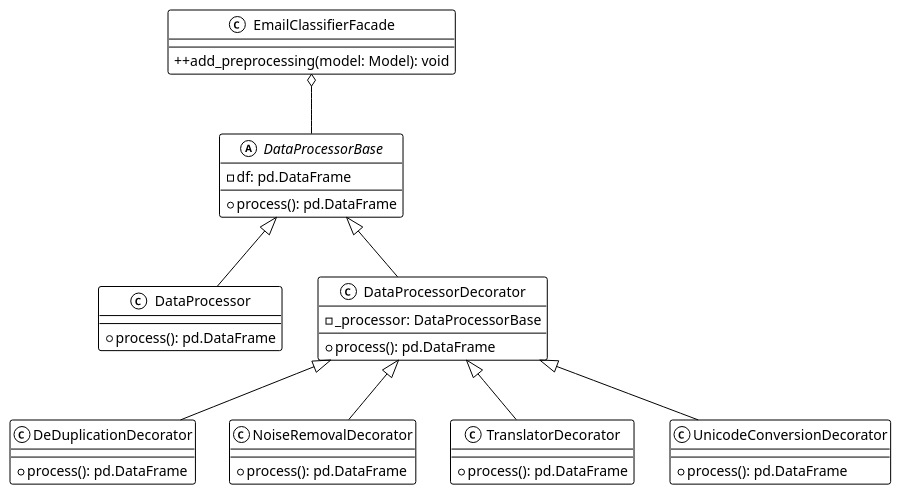
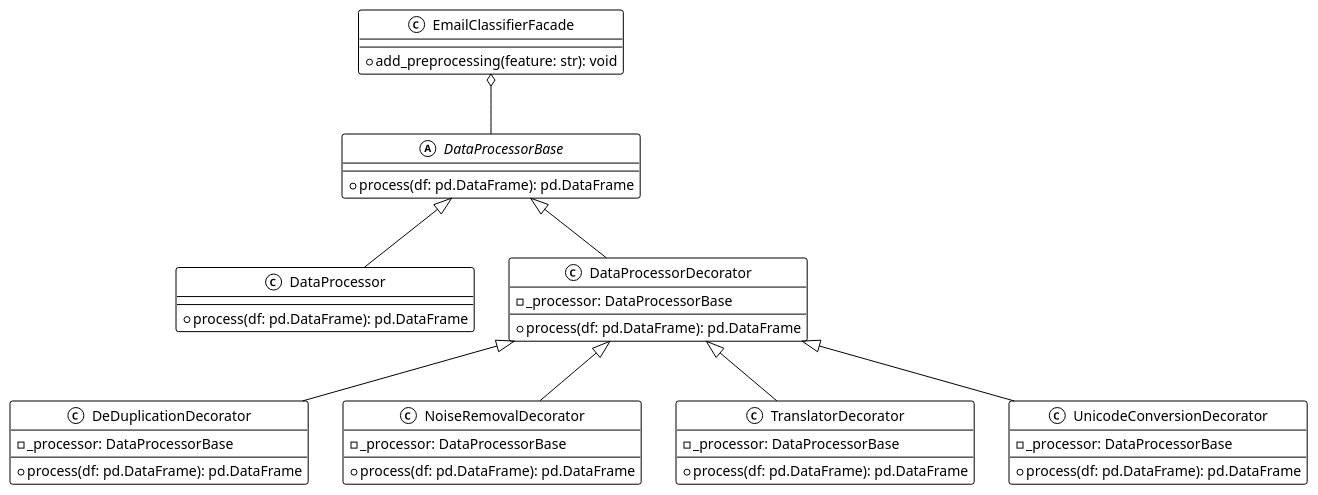
One commit to chrnas/email-classifier changed the diagram in uml/decorator_diagram.wsd. Above: the diagram before and after it, drawn with PlantUML.

Commit message:
Added decorator_diagram

```diff
--- a/uml/decorator_diagram.wsd
+++ b/uml/decorator_diagram.wsd
@@ -1,46 +1,49 @@
 @startuml
 !theme mono
 
 class EmailClassifierFacade {
-    ++add_preprocessing(model: Model): void
+    + add_preprocessing(feature: str): void
 }
 
 abstract class DataProcessorBase {
-    - df: pd.DataFrame
-    + process(): pd.DataFrame
+    + process(df: pd.DataFrame): pd.DataFrame
 }
 
 class DataProcessor {
-    + process(): pd.DataFrame
+    + process(df: pd.DataFrame): pd.DataFrame
 }
 
 class DataProcessorDecorator {
     - _processor: DataProcessorBase
-    + process(): pd.DataFrame
+    + process(df: pd.DataFrame): pd.DataFrame
 }
 
 class DeDuplicationDecorator {
-    + process(): pd.DataFrame
+    - _processor: DataProcessorBase
+    + process(df: pd.DataFrame): pd.DataFrame
 }
 
 class NoiseRemovalDecorator {
-    + process(): pd.DataFrame
+    - _processor: DataProcessorBase
+    + process(df: pd.DataFrame): pd.DataFrame
 }
 
 class TranslatorDecorator {
-    + process(): pd.DataFrame
+    - _processor: DataProcessorBase
+    + process(df: pd.DataFrame): pd.DataFrame
 }
 
 class UnicodeConversionDecorator {
-    + process(): pd.DataFrame
+    - _processor: DataProcessorBase
+    + process(df: pd.DataFrame): pd.DataFrame
 }
 
 EmailClassifierFacade o-- DataProcessorBase
 DataProcessorBase <|-- DataProcessor
 DataProcessorBase <|-- DataProcessorDecorator
 DataProcessorDecorator <|-- DeDuplicationDecorator
 DataProcessorDecorator <|-- NoiseRemovalDecorator
 DataProcessorDecorator <|-- TranslatorDecorator
 DataProcessorDecorator <|-- UnicodeConversionDecorator
 
 @enduml
```
